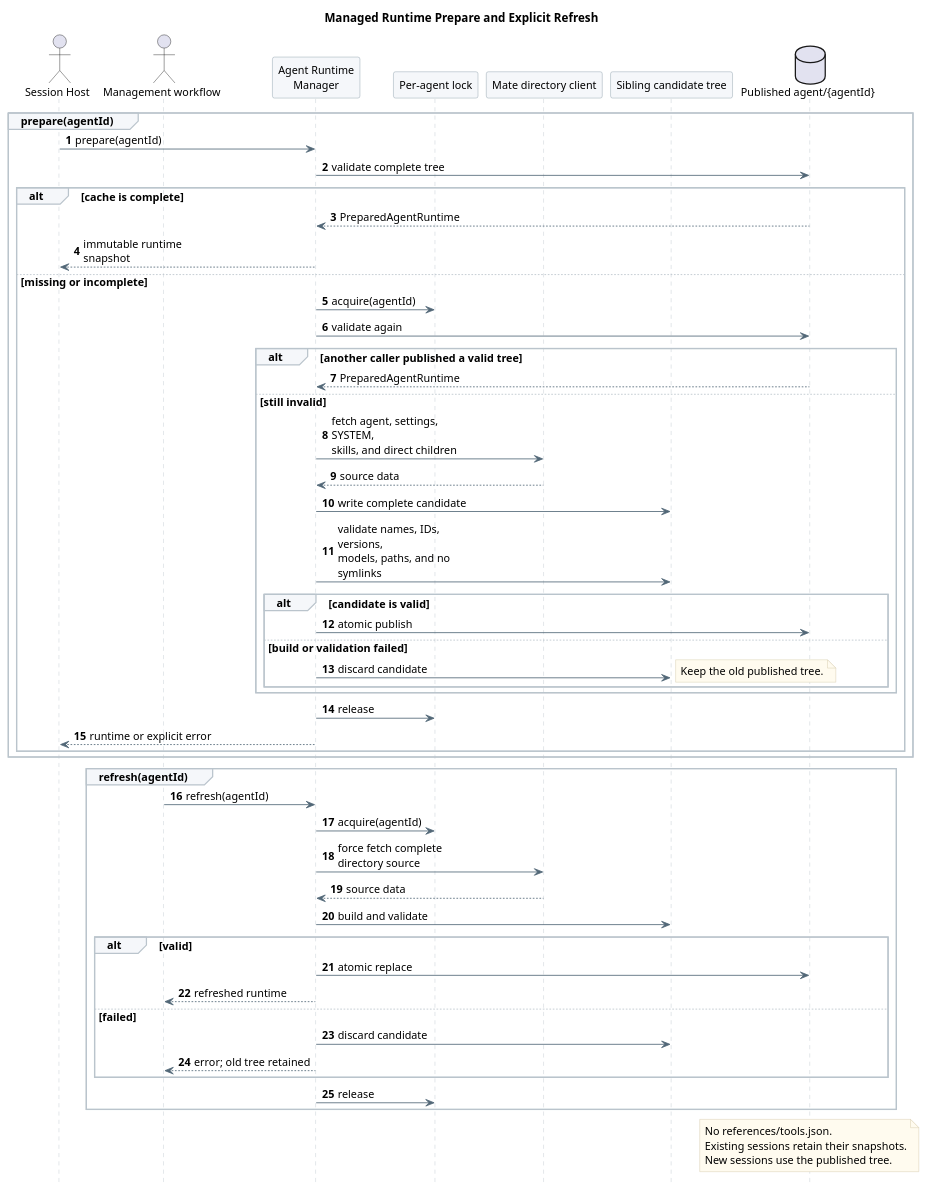
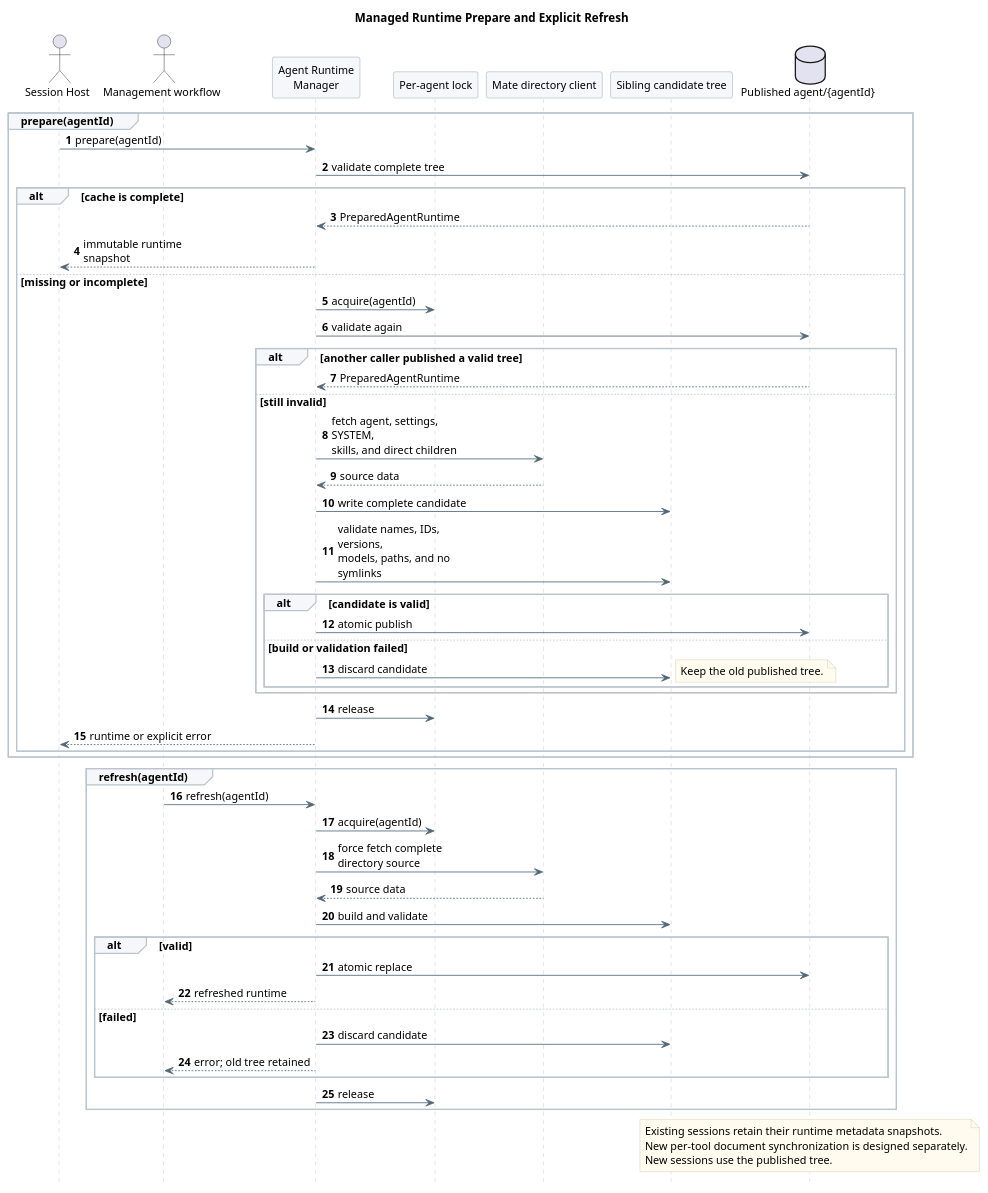
Before and after one commit to ssm0808/pi-mono-java-design: the third of 11 diagrams in 01-总体架构/02-CampusClaw工具系统/diagram.puml, drawn with PlantUML. The commit also changed other lines of this file and 18 other files, not shown here.

```diff
--- a/01-总体架构/02-CampusClaw工具系统/diagram.puml
+++ b/01-总体架构/02-CampusClaw工具系统/diagram.puml
@@ -180,87 +201,87 @@
 @startuml managed_runtime_refresh
 skinparam backgroundColor white
 skinparam defaultFontName SansSerif
 skinparam defaultFontSize 13
 skinparam shadowing false
 skinparam sequenceMessageAlign left
 skinparam maxMessageSize 165
 skinparam sequenceArrowColor #526777
 skinparam sequenceLifeLineBorderColor #BAC4CC
 skinparam sequenceParticipantBackgroundColor #F5F7FA
 skinparam sequenceParticipantBorderColor #8496A4
 skinparam sequenceGroupBackgroundColor #F5F7FA
 skinparam sequenceGroupBorderColor #BAC4CC
 skinparam noteBackgroundColor #FFFBEF
 skinparam noteBorderColor #D2C6A5
 hide footbox
 autonumber
 title Managed Runtime Prepare and Explicit Refresh
 
 ' Source evidence (CampusClaw d649866):
 ' modules/coding-agent-cli/src/main/java/com/campusclaw/codingagent/runtime/AgentRuntimeManager.java:
 ' prepare, materialize, isRuntimeComplete
 ' Observed behavior: current materialization writes the managed tree directly and
 ' generates references/tools.json.
 ' Design reason: candidate-tree publication prevents partial reads; explicit
 ' management refresh changes only future sessions and never tool configuration.
 
 actor "Session Host" as Host
 actor "Management workflow" as Admin
 participant "Agent Runtime\nManager" as Manager
 participant "Per-agent lock" as Lock
 participant "Mate directory client" as Mate
 participant "Sibling candidate tree" as Candidate
 database "Published agent/{agentId}" as Published
 
 group prepare(agentId)
   Host -> Manager : prepare(agentId)
   Manager -> Published : validate complete tree
   alt cache is complete
     Published --> Manager : PreparedAgentRuntime
     Manager --> Host : immutable runtime snapshot
   else missing or incomplete
     Manager -> Lock : acquire(agentId)
     Manager -> Published : validate again
     alt another caller published a valid tree
       Published --> Manager : PreparedAgentRuntime
     else still invalid
       Manager -> Mate : fetch agent, settings, SYSTEM,\nskills, and direct children
       Mate --> Manager : source data
       Manager -> Candidate : write complete candidate
       Manager -> Candidate : validate names, IDs, versions,\nmodels, paths, and no symlinks
       alt candidate is valid
         Manager -> Published : atomic publish
       else build or validation failed
         Manager -> Candidate : discard candidate
         note right
   Keep the old published tree.
         end note
       end
     end
     Manager -> Lock : release
     Manager --> Host : runtime or explicit error
   end
 end
 
 group refresh(agentId)
   Admin -> Manager : refresh(agentId)
   Manager -> Lock : acquire(agentId)
   Manager -> Mate : force fetch complete directory source
   Mate --> Manager : source data
   Manager -> Candidate : build and validate
   alt valid
     Manager -> Published : atomic replace
     Manager --> Admin : refreshed runtime
   else failed
     Manager -> Candidate : discard candidate
     Manager --> Admin : error; old tree retained
   end
   Manager -> Lock : release
 end
 
 note over Published
-  No references/tools.json.
-  Existing sessions retain their snapshots.
+  Existing sessions retain their runtime metadata snapshots.
+  New per-tool document synchronization is designed separately.
   New sessions use the published tree.
 end note
 @enduml
```
